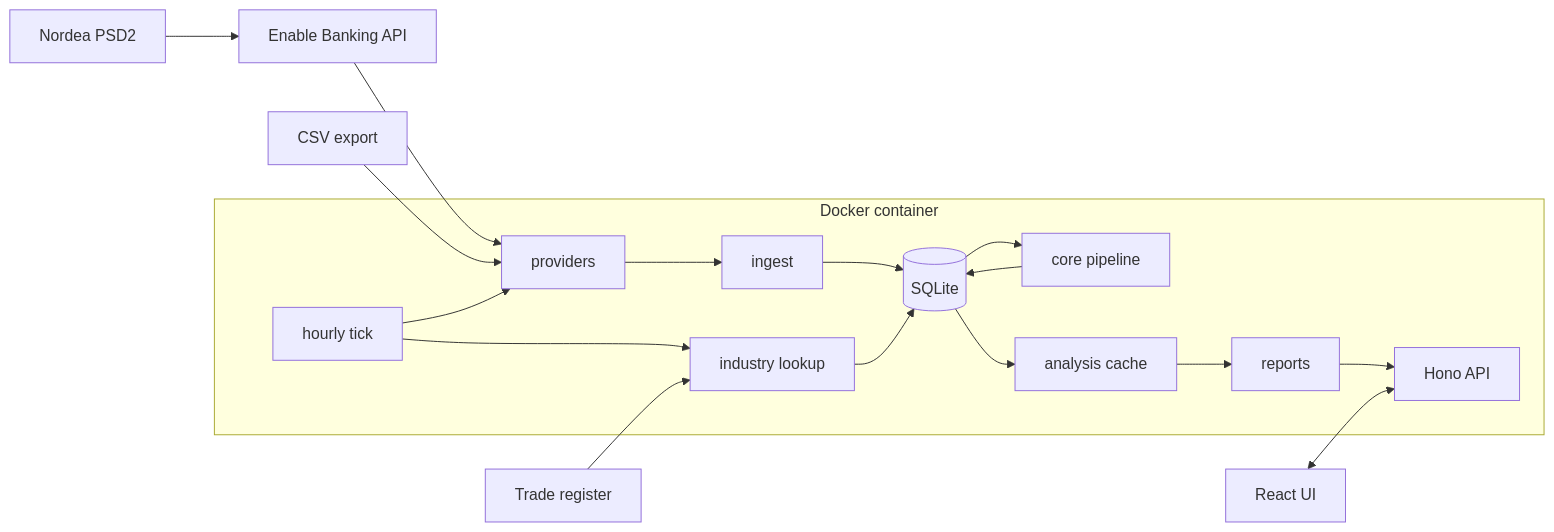
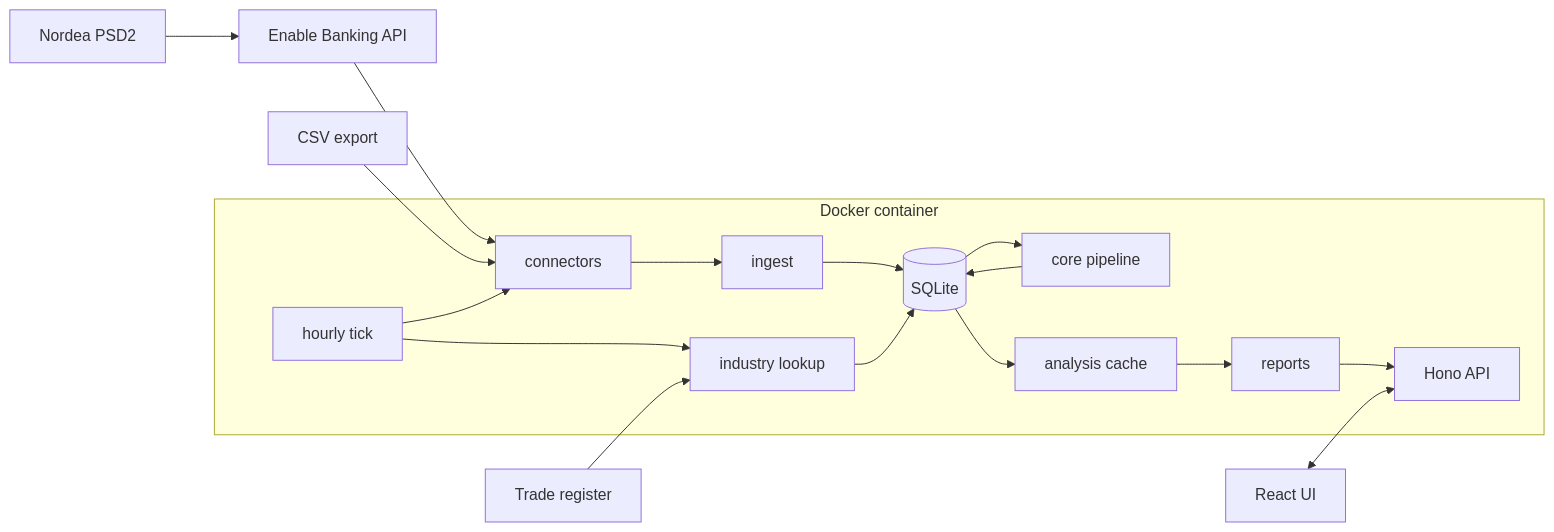
The diagram in docs/ARCHITECTURE.md (jouni-mikkola/omatalous), drawn with Mermaid before and after one commit. The commit also changed other lines of this file and 249 other files, not shown here.

````diff
--- a/docs/ARCHITECTURE.md
+++ b/docs/ARCHITECTURE.md
@@ -48,14 +48,14 @@
 ```mermaid
 flowchart LR
   N[Nordea PSD2] --> EB[Enable Banking API] --> P
   CSV[CSV export] --> P
   subgraph Container["Docker container"]
-    P[providers] --> I[ingest] --> DB[(SQLite)]
+    P[connectors] --> I[ingest] --> DB[(SQLite)]
     DB --> E[core pipeline] --> DB
     DB --> C[analysis cache] --> R[reports] --> API[Hono API]
     S[hourly tick] --> P
     S --> L[industry lookup] --> DB
   end
   PRH[Trade register] --> L
   UI[React UI] <--> API
 ```
````
